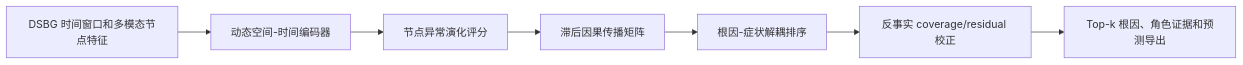
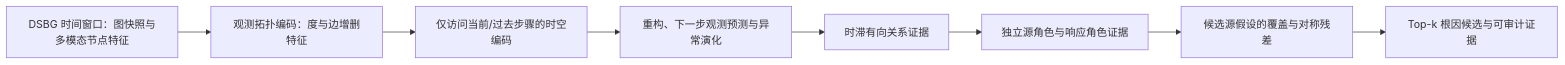
The diagram in README.md (WWYyyqq/REACR-RCA), drawn with Mermaid before and after one commit. The commit also changed other lines of this file and 45 other files, not shown here.

Commit message:
Release REACR-RCA v3 dynamic graph pipeline

````diff
--- a/README.md
+++ b/README.md
@@ -23,9 +30,10 @@
 ```mermaid
 flowchart LR
-    A[DSBG 时间窗口和多模态节点特征] --> B[动态空间-时间编码器]
-    B --> C[节点异常演化评分]
-    C --> D[滞后因果传播矩阵]
-    D --> E[根因-症状解耦排序]
-    E --> F[反事实 coverage/residual 校正]
-    F --> G[Top-k 根因、角色证据和预测导出]
+    A["DSBG 时间窗口：图快照与多模态节点特征"] --> B["观测拓扑编码：度与边增删特征"]
+    B --> C["仅访问当前/过去步骤的时空编码"]
+    C --> D["重构、下一步观测预测与异常演化"]
+    D --> E["时滞有向关系证据"]
+    E --> F["独立源角色与响应角色证据"]
+    F --> G["候选源假设的覆盖与对称残差"]
+    G --> H["Top-k 根因候选与可审计证据"]
 ```
````
